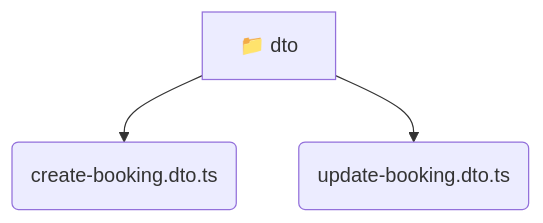
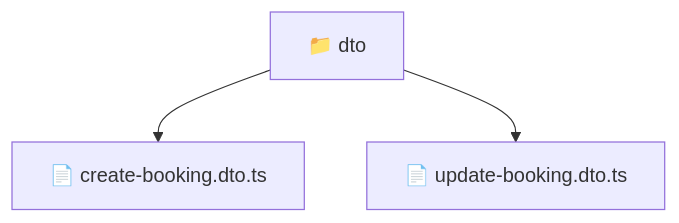
One commit to beginwebdev2002/fullstack-mavluda changed the diagram in backend/src/modules/booking/presentation/dto/README.md. Above: the diagram before and after it, drawn with Mermaid. The commit also changed other lines of this file and 163 other files, not shown here.

````diff
--- a/backend/src/modules/booking/presentation/dto/README.md
+++ b/backend/src/modules/booking/presentation/dto/README.md
@@ -9,6 +10,6 @@
 ```mermaid
 graph TD
-  dto[📁 dto]
-  dto --> dto_create_booking_dto_ts(create-booking.dto.ts)
-  dto --> dto_update_booking_dto_ts(update-booking.dto.ts)
+  Root["📁 dto"]
+  Root --> createbookingdtots["📄 create-booking.dto.ts"]
+  Root --> updatebookingdtots["📄 update-booking.dto.ts"]
 ```
````
